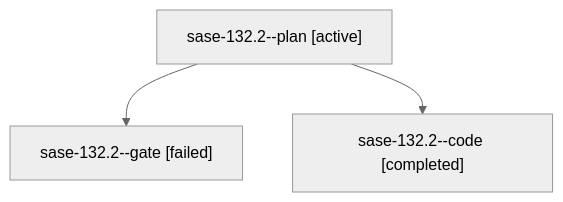
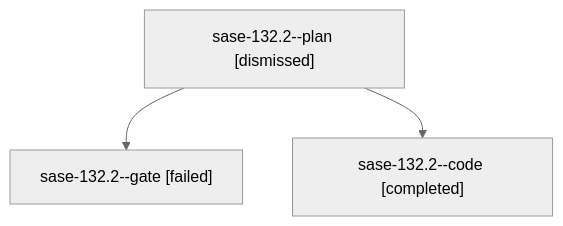
One commit to sase-org/sase--agents changed the diagram in sessions/bbugyi200.athena.sase-132.2.md. Above: the diagram before and after it, drawn with Mermaid (neutral theme). The commit also changed other lines of this file and 219 other files, not shown here.

````diff
--- a/sessions/bbugyi200.athena.sase-132.2.md
+++ b/sessions/bbugyi200.athena.sase-132.2.md
@@ -9,8 +9,8 @@
 ```mermaid
 flowchart TD
-  n0["sase-132.2--plan [active]"]
+  n0["sase-132.2--plan [dismissed]"]
   n1["sase-132.2--gate [failed]"]
   n0 --> n1
   n2["sase-132.2--code [completed]"]
   n0 --> n2
 ```
````
